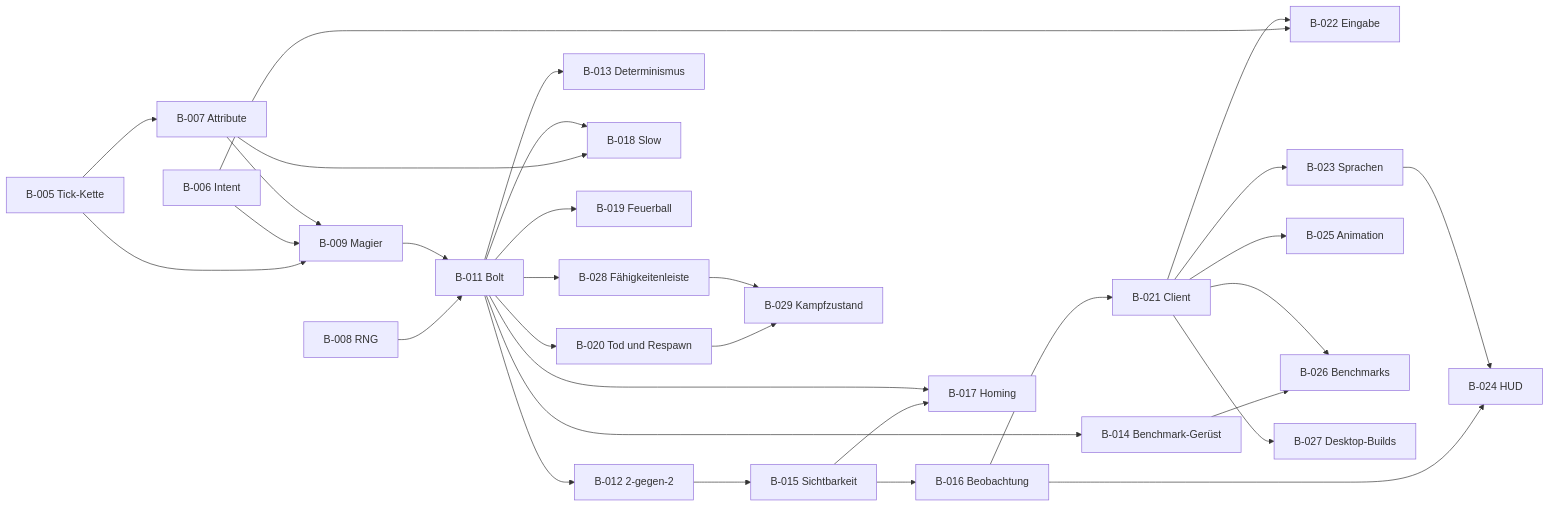
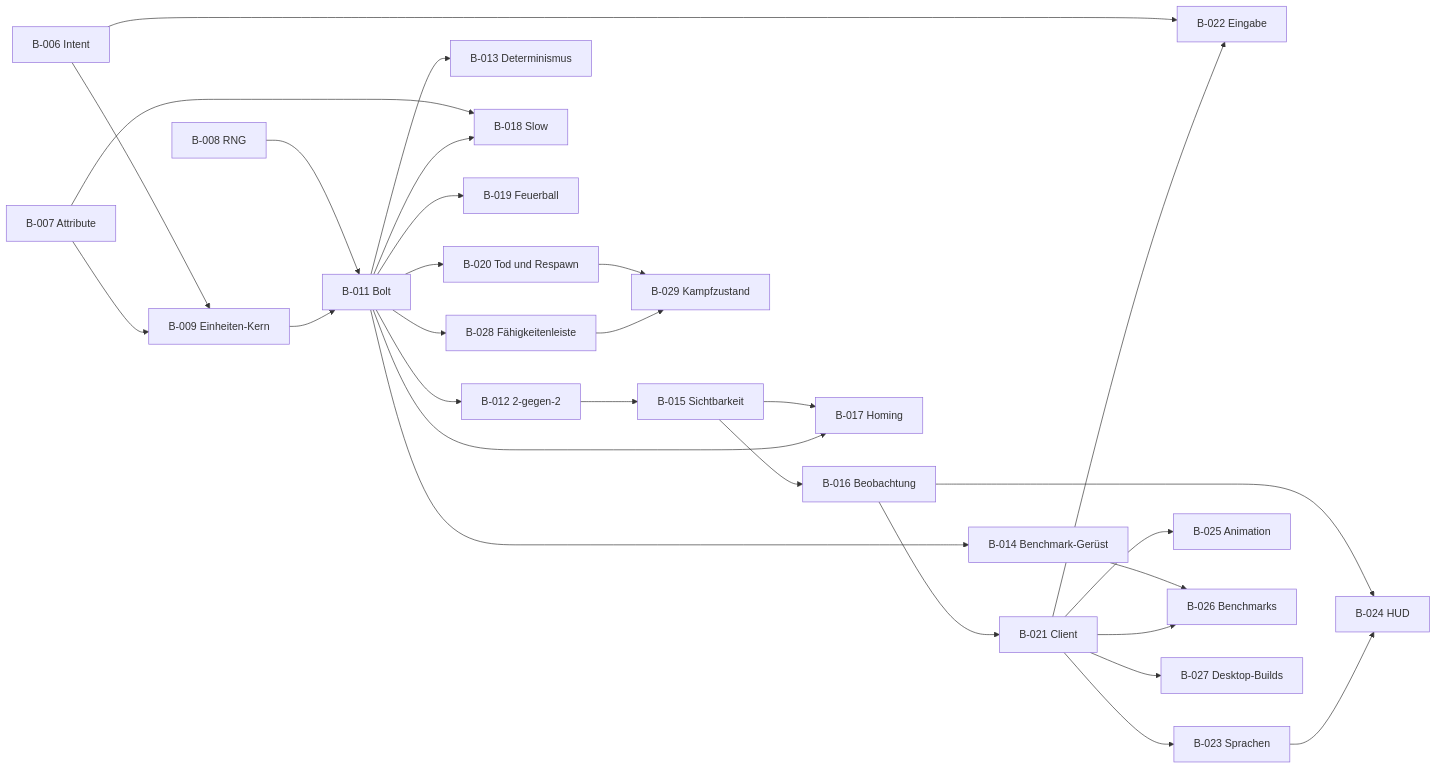
One commit to MagierSpieleSchmiede/mage-game changed the diagram in docs/backlog.md. Above: the diagram before and after it, drawn with Mermaid. The commit also changed other lines of this file and 15 other files, not shown here.

````diff
--- a/docs/backlog.md
+++ b/docs/backlog.md
@@ -75,36 +74,34 @@
 ```mermaid
 flowchart LR
-  B005["B-005 Tick-Kette"]
   B008["B-008 RNG"]
   B006["B-006 Intent"]
-  B005 --> B007["B-007 Attribute"]
-  B005 --> B009["B-009 Magier"]
-  B006 --> B009
+  B007["B-007 Attribute"]
+  B006 --> B009["B-009 Einheiten-Kern"]
   B007 --> B009
   B008 --> B011["B-011 Bolt"]
   B009 --> B011
   B011 --> B012["B-012 2-gegen-2"]
   B011 --> B013["B-013 Determinismus"]
   B011 --> B014["B-014 Benchmark-Gerüst"]
   B012 --> B015["B-015 Sichtbarkeit"]
   B015 --> B016["B-016 Beobachtung"]
   B015 --> B017["B-017 Homing"]
   B011 --> B017
   B007 --> B018["B-018 Slow"]
   B011 --> B018
   B011 --> B019["B-019 Feuerball"]
   B011 --> B020["B-020 Tod und Respawn"]
   B011 --> B028["B-028 Fähigkeitenleiste"]
   B020 --> B029["B-029 Kampfzustand"]
   B028 --> B029
   B016 --> B021["B-021 Client"]
   B006 --> B022["B-022 Eingabe"]
   B021 --> B022
   B021 --> B023["B-023 Sprachen"]
   B016 --> B024["B-024 HUD"]
   B023 --> B024
   B021 --> B025["B-025 Animation"]
   B014 --> B026["B-026 Benchmarks"]
   B021 --> B026
   B021 --> B027["B-027 Desktop-Builds"]
 ```
````
